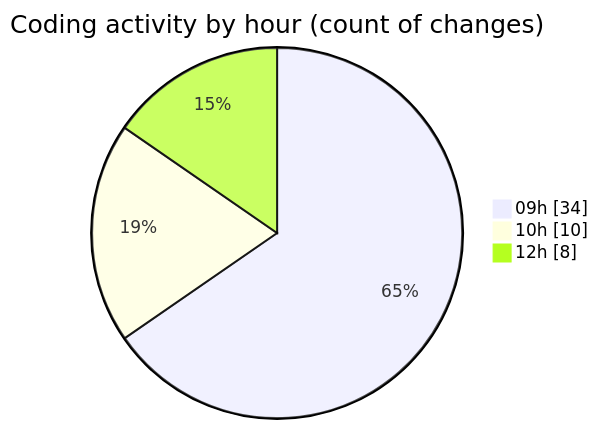
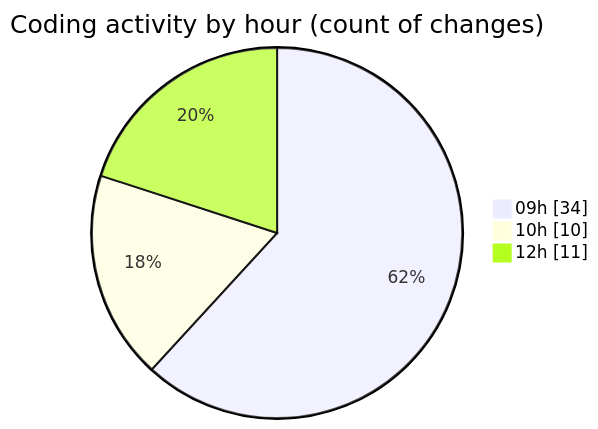
One commit to momahboobian/code-tracking changed the second of 2 diagrams in 2026-07-20/cda/README.md. Above: the diagram before and after it, drawn with Mermaid. The commit also changed other lines of this file and 1 other file, not shown here.

````diff
--- a/2026-07-20/cda/README.md
+++ b/2026-07-20/cda/README.md
@@ -64,7 +64,7 @@
 ```mermaid
 pie showData
 title Coding activity by hour (count of changes)
 "09h" : 34
 "10h" : 10
-"12h" : 8
+"12h" : 11
 ```
````
